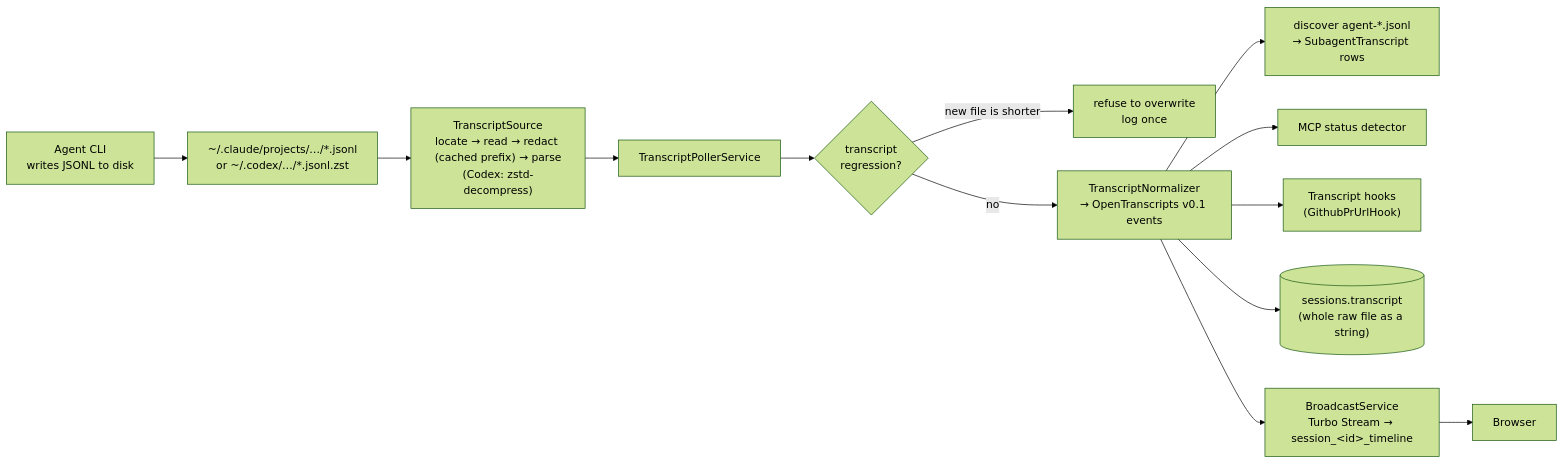
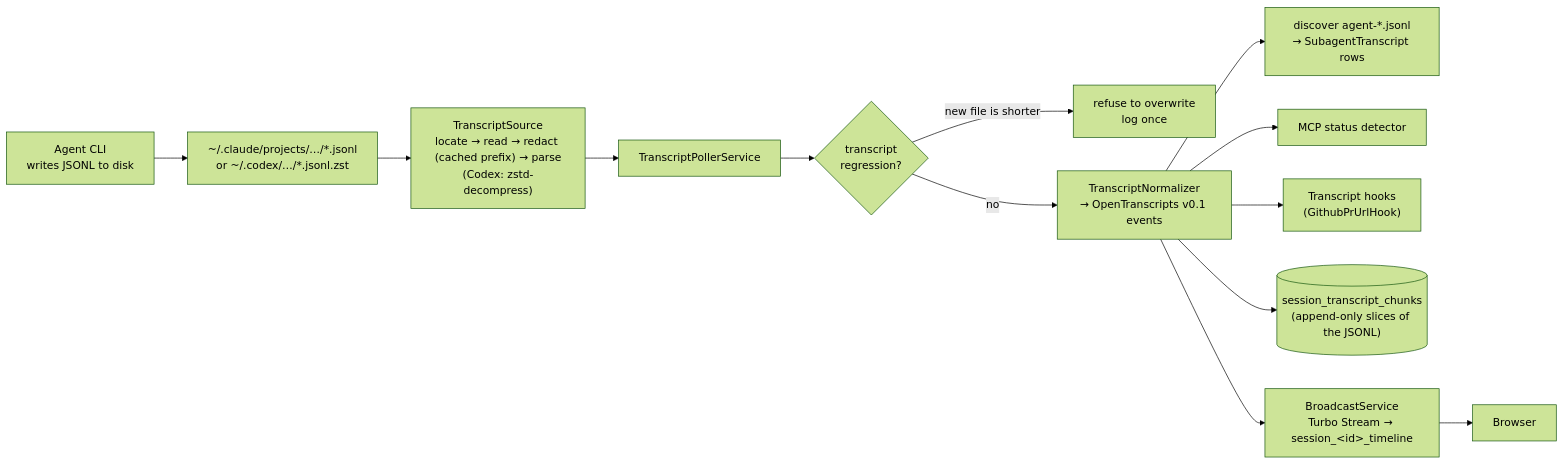
One commit to tadasant/zimmer changed the first of 2 diagrams in docs/src/content/docs/sessions/transcripts.md. Above: the diagram before and after it, drawn with Mermaid (forest theme). The commit also changed other lines of this file and 41 other files, not shown here.

````diff
--- a/docs/src/content/docs/sessions/transcripts.md
+++ b/docs/src/content/docs/sessions/transcripts.md
@@ -13,15 +13,15 @@
 ```mermaid
 flowchart LR
     CLI["Agent CLI<br/>writes JSONL to disk"] --> F["~/.claude/projects/…/*.jsonl<br/>or ~/.codex/…/*.jsonl.zst"]
     F --> TS["TranscriptSource<br/>locate → read → redact (cached prefix) → parse<br/>(Codex: zstd-decompress)"]
     TS --> TP["TranscriptPollerService"]
     TP --> RG{"transcript<br/>regression?"}
     RG -->|"new file is shorter"| SKIP["refuse to overwrite<br/>log once"]
     RG -->|no| NM["TranscriptNormalizer<br/>→ OpenTranscripts v0.1 events"]
     NM --> SUB["discover agent-*.jsonl<br/>→ SubagentTranscript rows"]
     NM --> MCP["MCP status detector"]
     NM --> HK["Transcript hooks<br/>(GithubPrUrlHook)"]
-    NM --> DB[("sessions.transcript<br/>(whole raw file as a string)")]
+    NM --> DB[("session_transcript_chunks<br/>(append-only slices of the JSONL)")]
     NM --> BC["BroadcastService<br/>Turbo Stream → session_&lt;id&gt;_timeline"]
     BC --> UI["Browser"]
 ```
````
